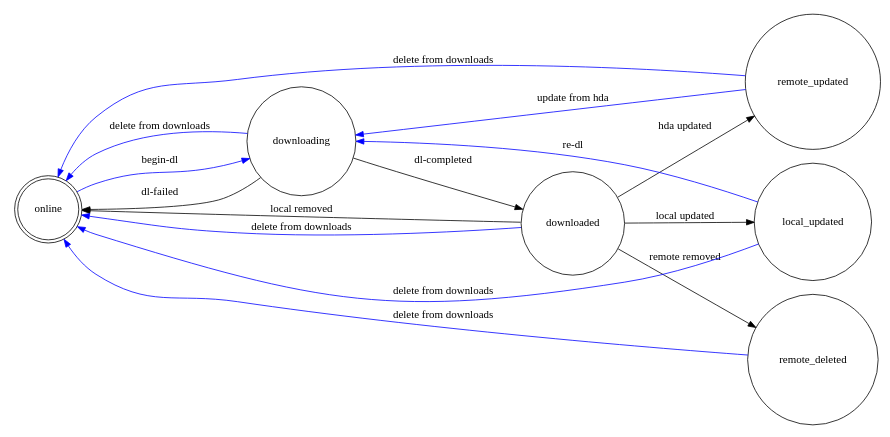
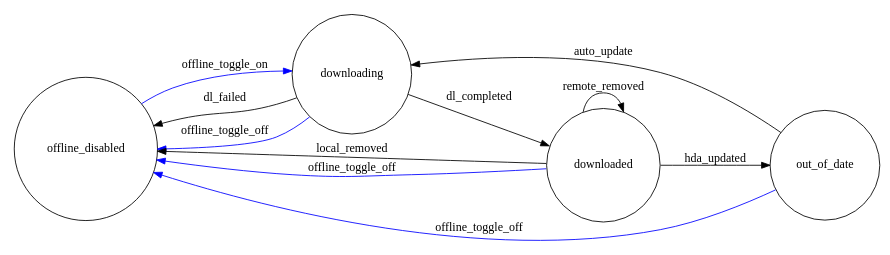
The diagram in docs/download_states.dot (amahi/android), drawn with Graphviz before and after one commit. The commit also changed 1 other file, not shown here.

Commit message:
updates offline state diagram

```diff
--- a/docs/download_states.dot
+++ b/docs/download_states.dot
@@ -1,20 +1,15 @@
 digraph download_states {
         rankdir=LR;
         size="8,5"
-        node [shape = doublecircle]; online;
         node [shape = circle];
-        online -> downloading [ label = "begin-dl" color=blue];
-        downloading -> online [ label = "dl-failed" ];
-        downloading -> downloaded [ label = "dl-completed" ];
-        downloaded -> remote_updated [ label = "hda updated" ];
-        downloaded -> local_updated [ label = "local updated" ];
-        downloaded -> online [ label = "local removed" ];
-        downloaded -> remote_deleted [ label = "remote removed" ];
-        downloading -> online [ label = "delete from downloads" color=blue];
-        downloaded -> online [ label = "delete from downloads" color=blue];
-        remote_deleted -> online [ label = "delete from downloads" color=blue];
-        remote_updated -> online [ label = "delete from downloads" color=blue];
-        local_updated -> online [ label = "delete from downloads" color=blue];
-        remote_updated -> downloading [ label = "update from hda" color=blue];
-        local_updated -> downloading [ label = "re-dl" color=blue];
+        offline_disabled -> downloading [ label = "offline_toggle_on" color=blue];
+        downloading -> offline_disabled [ label = "dl_failed" ];
+        downloading -> downloaded [ label = "dl_completed" ];
+        downloaded -> out_of_date [ label = "hda_updated" ];
+        downloaded -> offline_disabled [ label = "local_removed" ];
+        downloaded -> downloaded [ label = "remote_removed" ];
+        downloading -> offline_disabled [ label = "offline_toggle_off" color=blue];
+        downloaded -> offline_disabled [ label = "offline_toggle_off" color=blue];
+        out_of_date -> offline_disabled [ label = "offline_toggle_off" color=blue];
+        out_of_date -> downloading [ label = "auto_update" ];
 }
```
